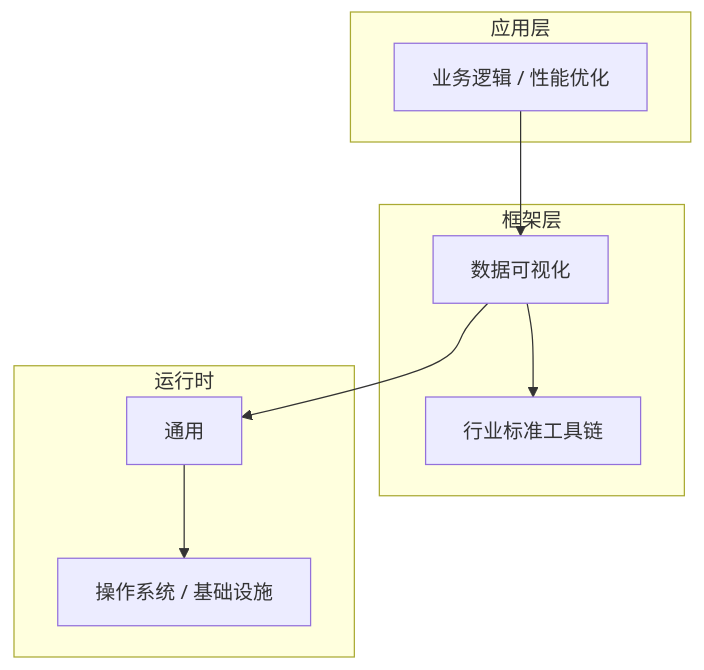
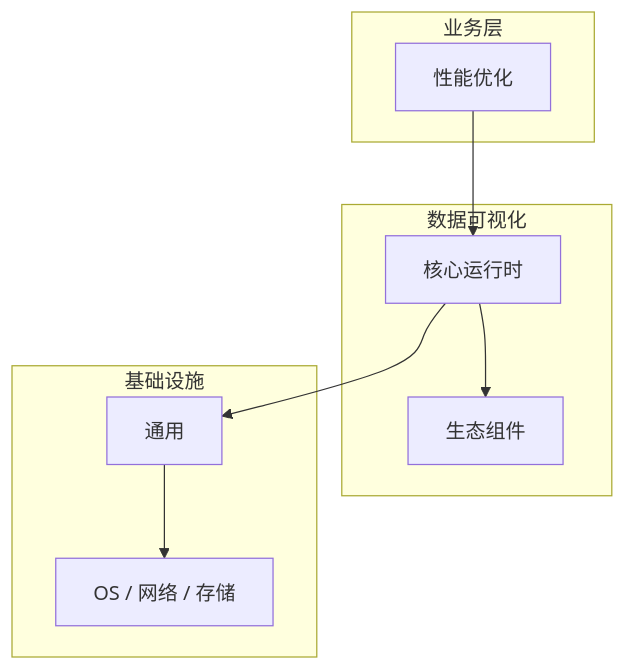
The diagram in articles/数据可视化/chapters/087-性能优化核心概念与原理.md (yanggan2015/knowledge-json-v2), drawn with Mermaid before and after one commit. The commit also changed other lines of this file and 10127 other files, not shown here.

````diff
--- a/articles/数据可视化/chapters/087-性能优化核心概念与原理.md
+++ b/articles/数据可视化/chapters/087-性能优化核心概念与原理.md
@@ -45,18 +34,18 @@
 ```mermaid
 graph TB
-    subgraph 应用层
-        A[业务逻辑 / 性能优化]
+    subgraph 业务层
+        A[性能优化]
     end
-    subgraph 框架层
-        B[数据可视化]
-        C[行业标准工具链]
+    subgraph 数据可视化
+        B[核心运行时]
+        C[生态组件]
     end
-    subgraph 运行时
+    subgraph 基础设施
         D[通用]
-        E[操作系统 / 基础设施]
+        E[OS / 网络 / 存储]
     end
     A --> B
     B --> C
     B --> D
     D --> E
 ```
````
